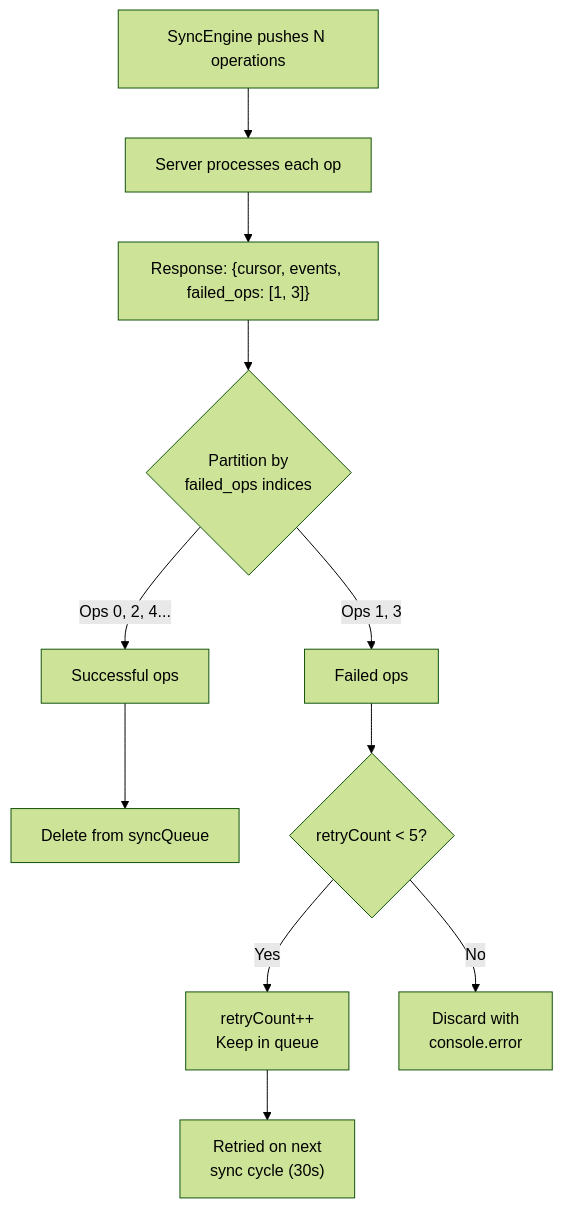
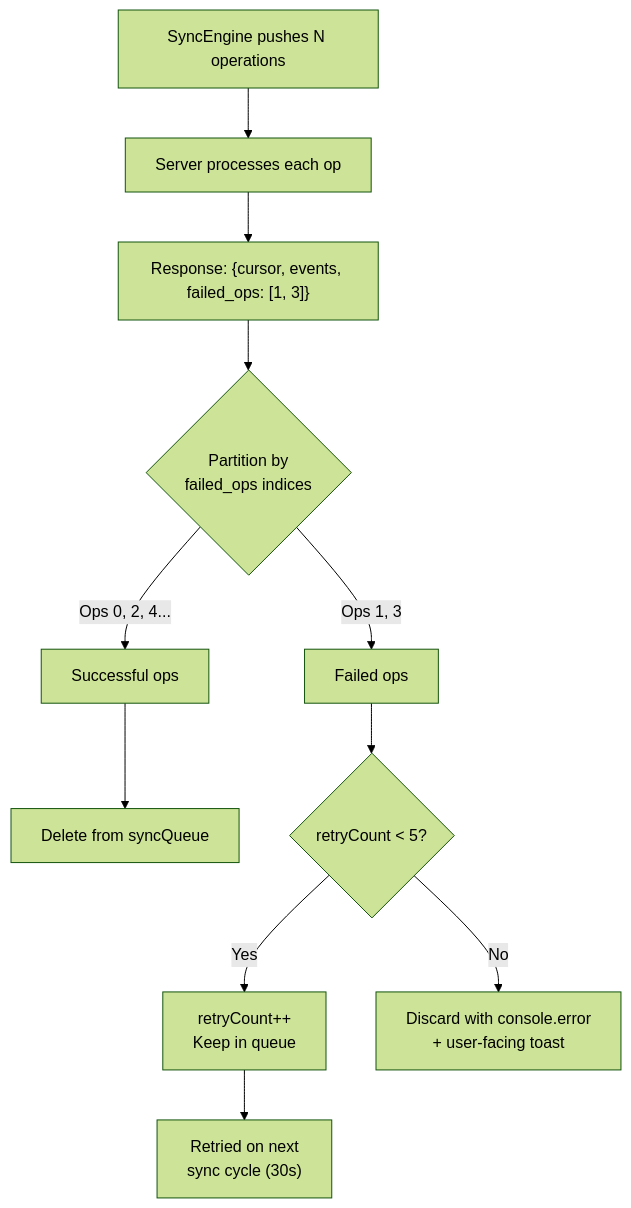
One commit to vasi1796/doit changed the second of 2 diagrams in docs/diagrams/003-offline-sync.md. Above: the diagram before and after it, drawn with Mermaid (forest theme). The commit also changed other lines of this file and 22 other files, not shown here.

````diff
--- a/docs/diagrams/003-offline-sync.md
+++ b/docs/diagrams/003-offline-sync.md
@@ -59,17 +64,17 @@
 ```mermaid
 flowchart TD
     Push["SyncEngine pushes N operations"] --> Server["Server processes each op"]
     Server --> Resp["Response: {cursor, events, failed_ops: [1, 3]}"]
 
     Resp --> Partition{"Partition by<br/>failed_ops indices"}
 
     Partition -->|"Ops 0, 2, 4..."| Success["Successful ops"]
     Partition -->|"Ops 1, 3"| Failed["Failed ops"]
 
     Success --> Delete["Delete from syncQueue"]
 
     Failed --> CheckRetry{"retryCount < 5?"}
     CheckRetry -->|Yes| Increment["retryCount++<br/>Keep in queue"]
     Increment --> NextSync["Retried on next<br/>sync cycle (30s)"]
-    CheckRetry -->|No| Discard["Discard with<br/>console.error"]
+    CheckRetry -->|No| Discard["Discard with console.error<br/>+ user-facing toast"]
 ```
````
